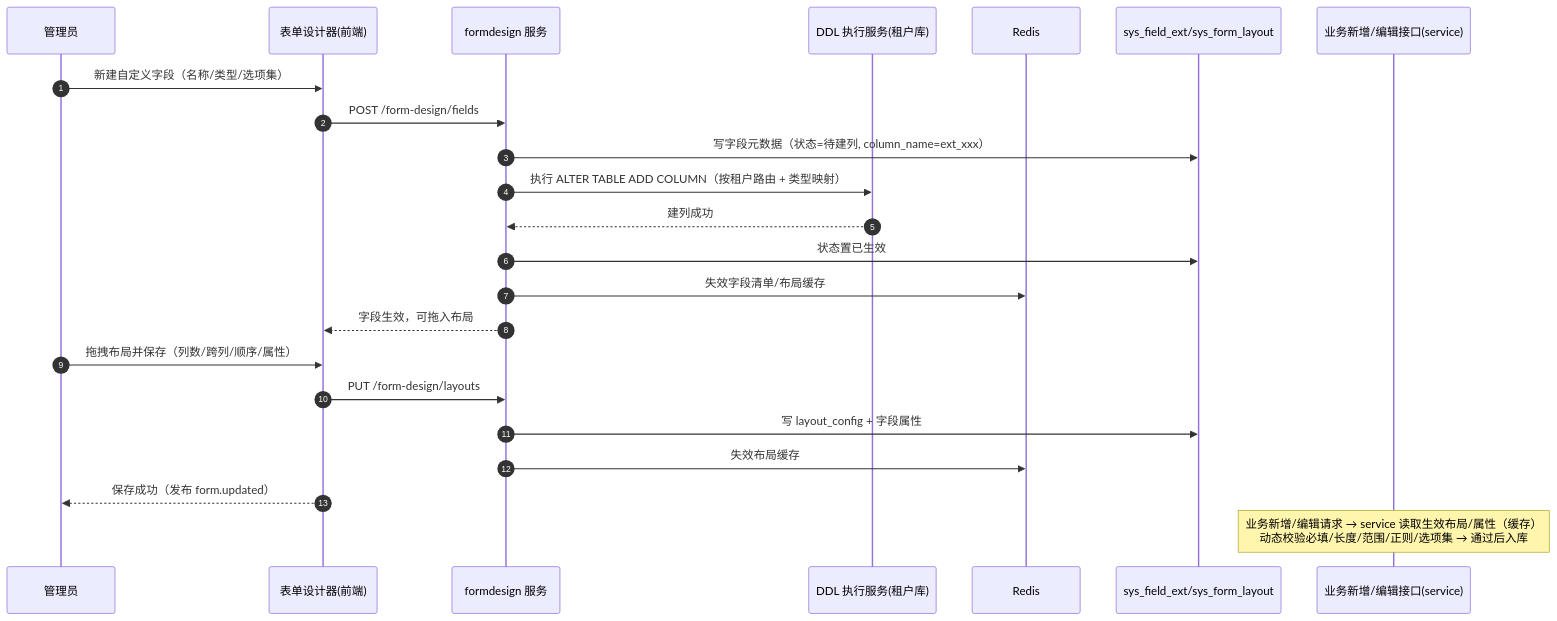
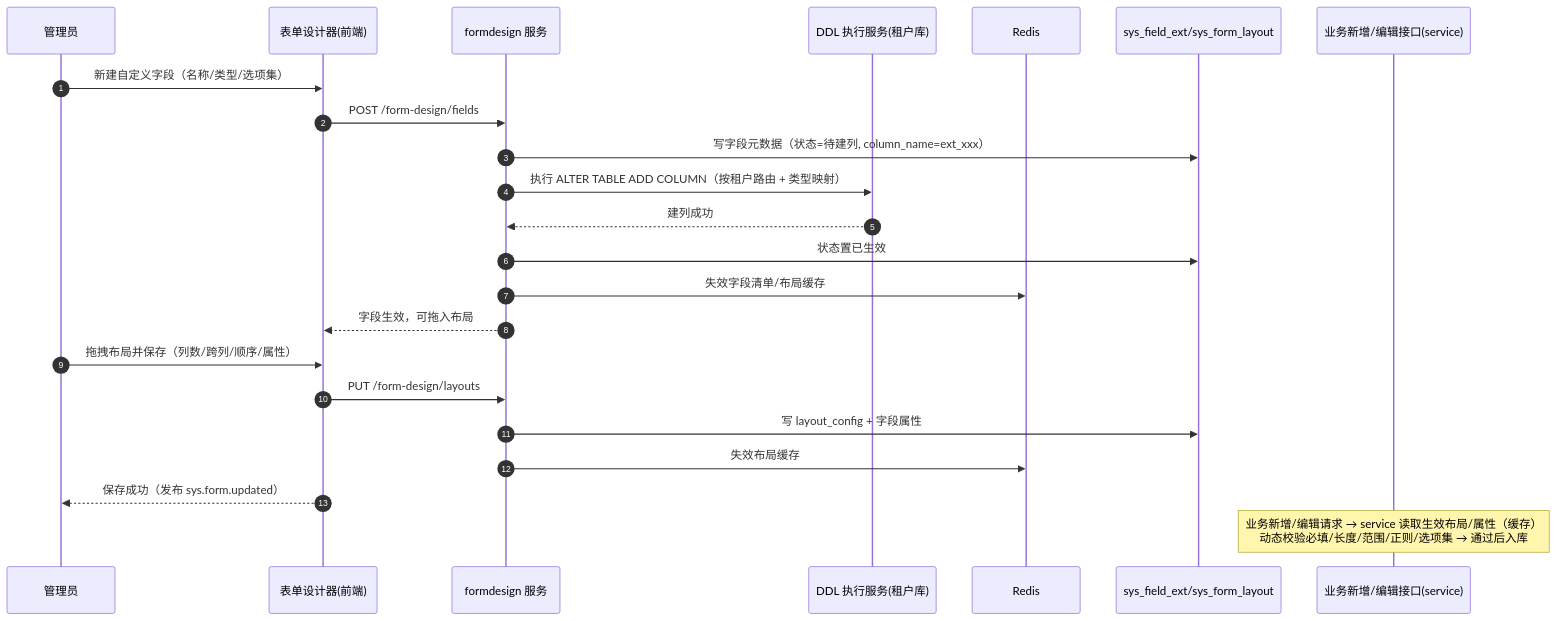
Before and after one commit to minjian123/basic-management-system: the diagram in bms文档/设计/概要设计/36_概要设计_表单定制.md, drawn with Mermaid. The commit also changed other lines of this file and 28 other files, not shown here.

````diff
--- a/bms文档/设计/概要设计/36_概要设计_表单定制.md
+++ b/bms文档/设计/概要设计/36_概要设计_表单定制.md
@@ -68,26 +68,26 @@
 ```mermaid
 sequenceDiagram
     autonumber
     participant 管理员
     participant 设计器 as 表单设计器(前端)
     participant 定制服务 as formdesign 服务
     participant DDL服务 as DDL 执行服务(租户库)
     participant Redis
     participant 元数据 as sys_field_ext/sys_form_layout
     participant 业务接口 as 业务新增/编辑接口(service)
 
     管理员->>设计器: 新建自定义字段（名称/类型/选项集）
     设计器->>定制服务: POST /form-design/fields
     定制服务->>元数据: 写字段元数据（状态=待建列, column_name=ext_xxx）
     定制服务->>DDL服务: 执行 ALTER TABLE ADD COLUMN（按租户路由 + 类型映射）
     DDL服务-->>定制服务: 建列成功
     定制服务->>元数据: 状态置已生效
     定制服务->>Redis: 失效字段清单/布局缓存
     定制服务-->>设计器: 字段生效，可拖入布局
     管理员->>设计器: 拖拽布局并保存（列数/跨列/顺序/属性）
     设计器->>定制服务: PUT /form-design/layouts
     定制服务->>元数据: 写 layout_config + 字段属性
     定制服务->>Redis: 失效布局缓存
-    设计器-->>管理员: 保存成功（发布 form.updated）
+    设计器-->>管理员: 保存成功（发布 sys.form.updated）
     Note over 业务接口: 业务新增/编辑请求 → service 读取生效布局/属性（缓存）<br/>动态校验必填/长度/范围/正则/选项集 → 通过后入库
 ```
````
